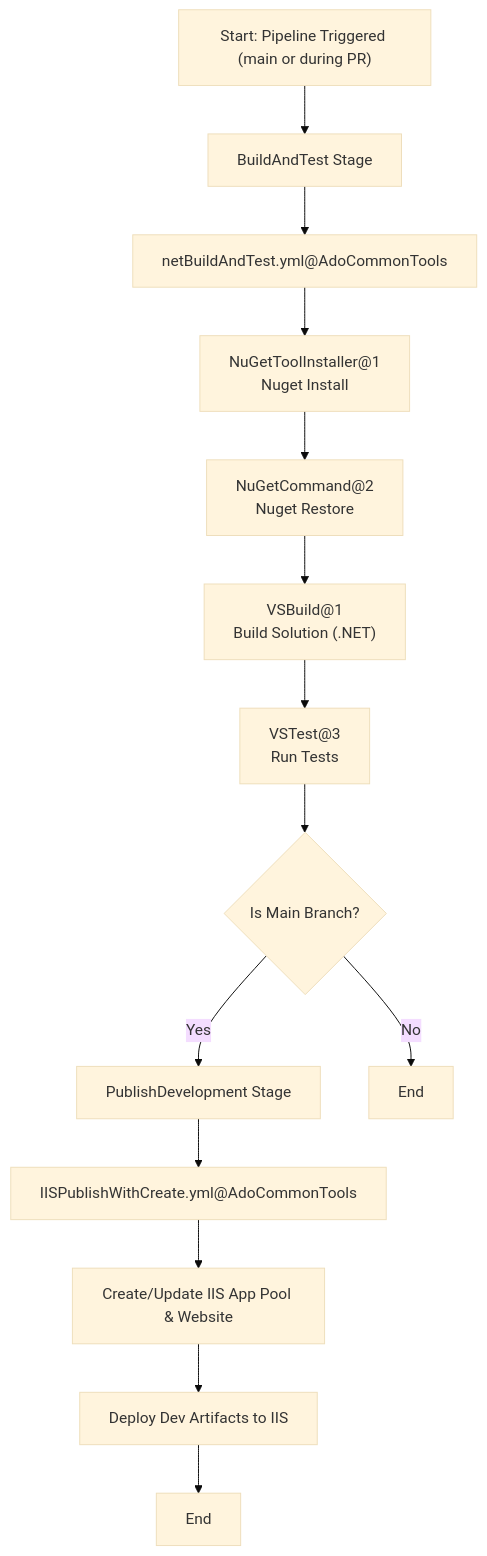
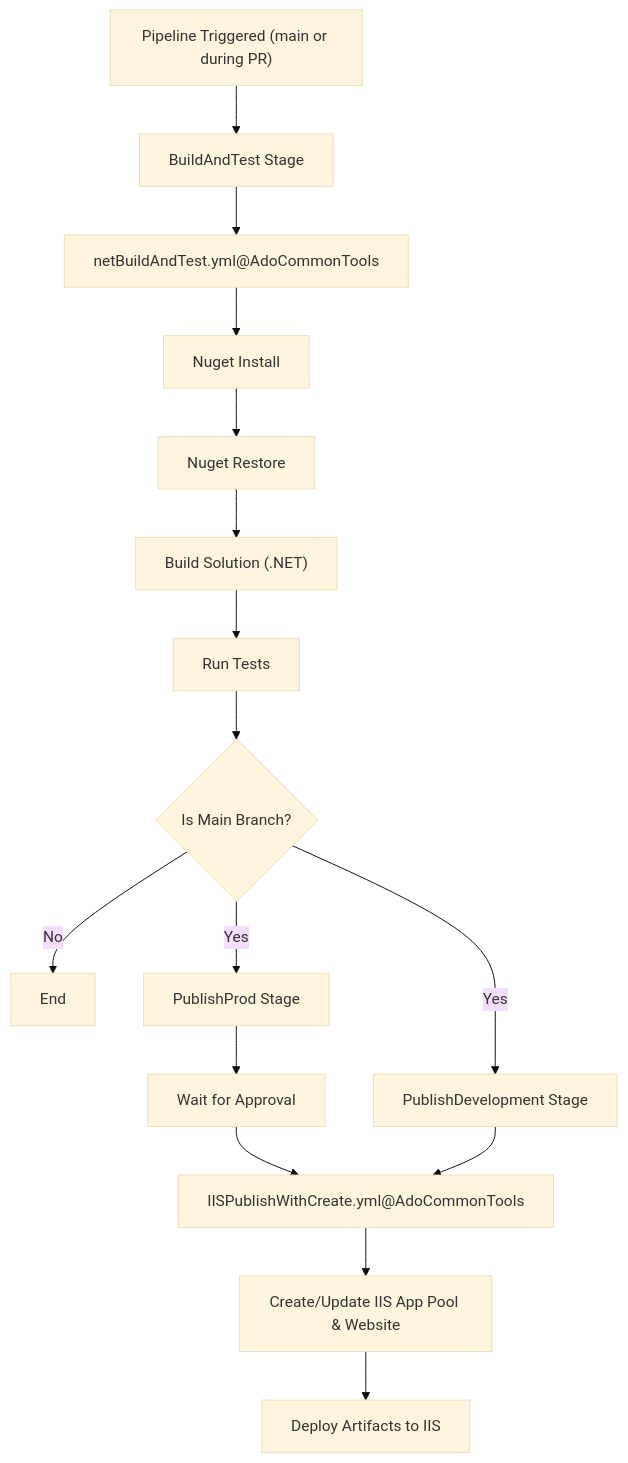
The diagram in Examples/flowchart.md (aligneddev/ADOYamlTemplates), drawn with Mermaid (base theme) before and after one commit. The commit also changed other lines of this file, not shown here.

Commit message:
improve flowchart

````diff
--- a/Examples/flowchart.md
+++ b/Examples/flowchart.md
@@ -2,16 +3,19 @@
 ```mermaid
 flowchart TD
-    A["Start: Pipeline Triggered (main or during PR)"] --> B["BuildAndTest Stage"]
-    B --> C["netBuildAndTest.yml@AdoCommonTools"]
-    C --> D["NuGetToolInstaller@1\nNuget Install"]
-    D --> E["NuGetCommand@2\nNuget Restore"]
-    E --> F["VSBuild@1\nBuild Solution (.NET)"]
-    F --> G["VSTest@3\nRun Tests"]
-    G --> H{Is Main Branch?}
-    H -- Yes --> I["PublishDevelopment Stage"]
-    H -- No --> Z["End"]
-    I --> J["IISPublishWithCreate.yml@AdoCommonTools"]
-    J --> K["Create/Update IIS App Pool & Website"]
-    K --> L["Deploy Dev Artifacts to IIS"]
-    L --> M["End"]
+    Trigger["Pipeline Triggered (main or during PR)"] --> BuildTest["BuildAndTest Stage"]
+    BuildTest --> CommonBuildTest["netBuildAndTest.yml@AdoCommonTools"]
+    CommonBuildTest --> NugetInstall["Nuget Install"]
+    NugetInstall --> NugetRestore["Nuget Restore"]
+    NugetRestore --> DotNetBuild["Build Solution (.NET)"]
+    DotNetBuild --> RunTests["Run Tests"]
+    RunTests --> IsMain{"Is Main Branch?"}
+    IsMain -- No --> End["End"]
+    IsMain -- Yes --> PublishDev["PublishDevelopment Stage"]
+    IsMain -- Yes --> PublishProd["PublishProd Stage"]
+    PublishProd --> Approval["Wait for Approval"]
+    Approval --> IISPublish
+
+    PublishDev --> IISPublish["IISPublishWithCreate.yml@AdoCommonTools"]
+    IISPublish --> ConfigIIS["Create/Update IIS App Pool & Website"]
+    ConfigIIS --> DeployDev["Deploy Artifacts to IIS"]
 ```
````
